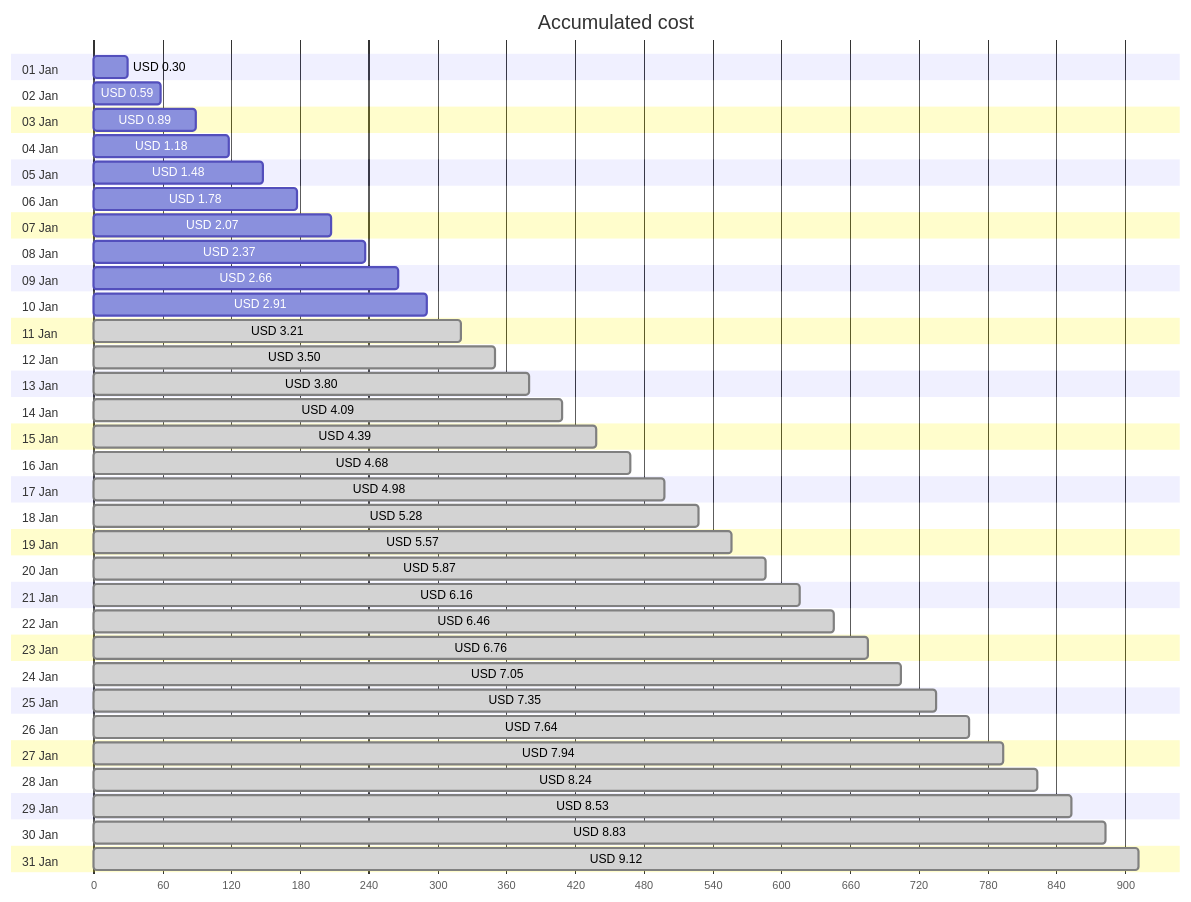
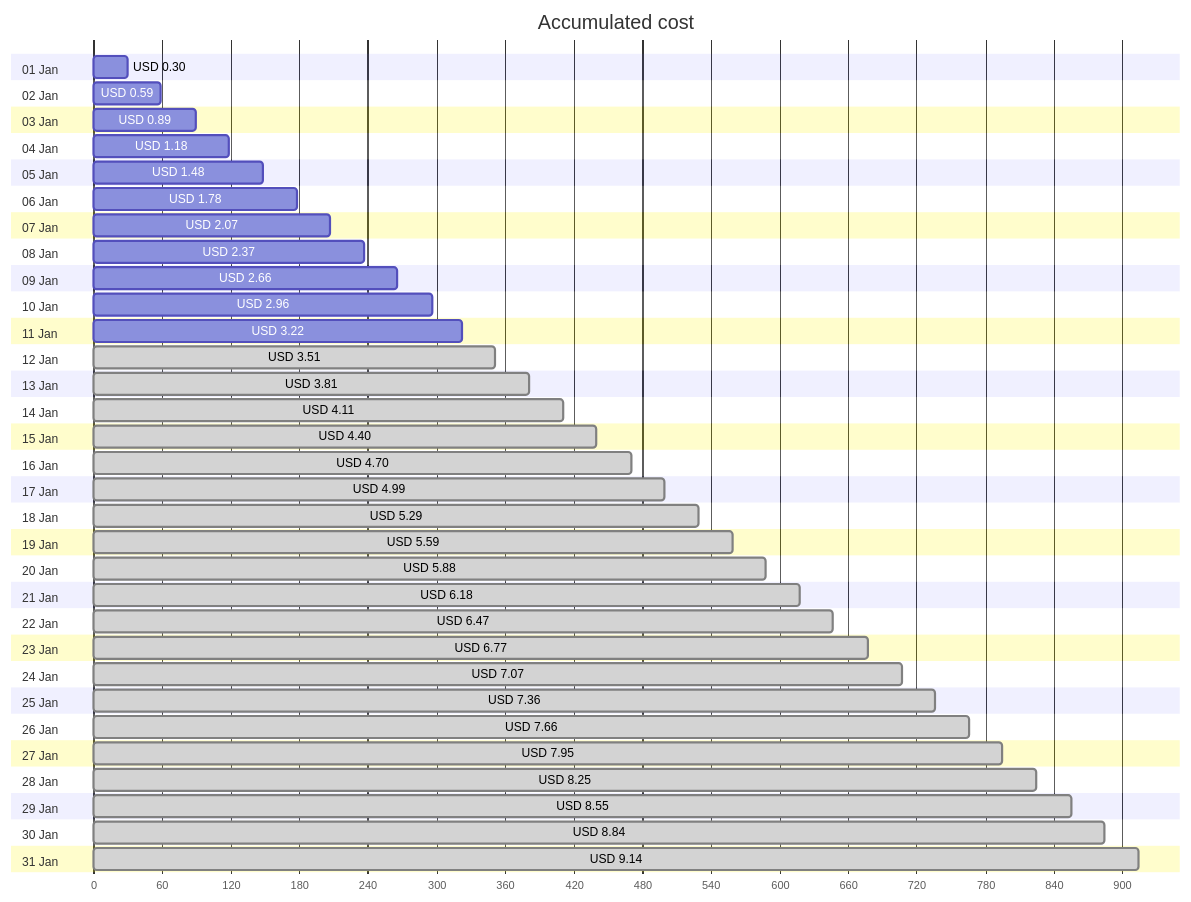
Before and after one commit to jpfulton/azure-personal-reports: the first of 4 diagrams in cost-reports/personal-site/personal-site-preview.md, drawn with Mermaid. The commit also changed other lines of this file and 6 other files, not shown here.

````diff
--- a/cost-reports/personal-site/personal-site-preview.md
+++ b/cost-reports/personal-site/personal-site-preview.md
@@ -20,68 +20,68 @@
 ```mermaid
 gantt
    title Accumulated cost
    dateFormat  X
    axisFormat %s
    section 01 Jan
    USD 0.30 :0, 30
    section 02 Jan
    USD 0.59 :0, 59
    section 03 Jan
    USD 0.89 :0, 89
    section 04 Jan
    USD 1.18 :0, 118
    section 05 Jan
    USD 1.48 :0, 148
    section 06 Jan
    USD 1.78 :0, 178
    section 07 Jan
    USD 2.07 :0, 207
    section 08 Jan
    USD 2.37 :0, 237
    section 09 Jan
    USD 2.66 :0, 266
    section 10 Jan
-   USD 2.91 :0, 291
+   USD 2.96 :0, 296
    section 11 Jan
-   USD 3.21 : done, 0, 321
+   USD 3.22 :0, 322
    section 12 Jan
-   USD 3.50 : done, 0, 350
+   USD 3.51 : done, 0, 351
    section 13 Jan
-   USD 3.80 : done, 0, 380
+   USD 3.81 : done, 0, 381
    section 14 Jan
-   USD 4.09 : done, 0, 409
+   USD 4.11 : done, 0, 411
    section 15 Jan
-   USD 4.39 : done, 0, 439
+   USD 4.40 : done, 0, 440
    section 16 Jan
-   USD 4.68 : done, 0, 468
+   USD 4.70 : done, 0, 470
    section 17 Jan
-   USD 4.98 : done, 0, 498
+   USD 4.99 : done, 0, 499
    section 18 Jan
-   USD 5.28 : done, 0, 528
+   USD 5.29 : done, 0, 529
    section 19 Jan
-   USD 5.57 : done, 0, 557
+   USD 5.59 : done, 0, 559
    section 20 Jan
-   USD 5.87 : done, 0, 587
+   USD 5.88 : done, 0, 588
    section 21 Jan
-   USD 6.16 : done, 0, 616
+   USD 6.18 : done, 0, 618
    section 22 Jan
-   USD 6.46 : done, 0, 646
+   USD 6.47 : done, 0, 647
    section 23 Jan
-   USD 6.76 : done, 0, 676
+   USD 6.77 : done, 0, 677
    section 24 Jan
-   USD 7.05 : done, 0, 705
+   USD 7.07 : done, 0, 707
    section 25 Jan
-   USD 7.35 : done, 0, 735
+   USD 7.36 : done, 0, 736
    section 26 Jan
-   USD 7.64 : done, 0, 764
+   USD 7.66 : done, 0, 766
    section 27 Jan
-   USD 7.94 : done, 0, 794
+   USD 7.95 : done, 0, 795
    section 28 Jan
-   USD 8.24 : done, 0, 824
+   USD 8.25 : done, 0, 825
    section 29 Jan
-   USD 8.53 : done, 0, 853
+   USD 8.55 : done, 0, 855
    section 30 Jan
-   USD 8.83 : done, 0, 883
+   USD 8.84 : done, 0, 884
    section 31 Jan
-   USD 9.12 : done, 0, 912
+   USD 9.14 : done, 0, 914
 ```
````
